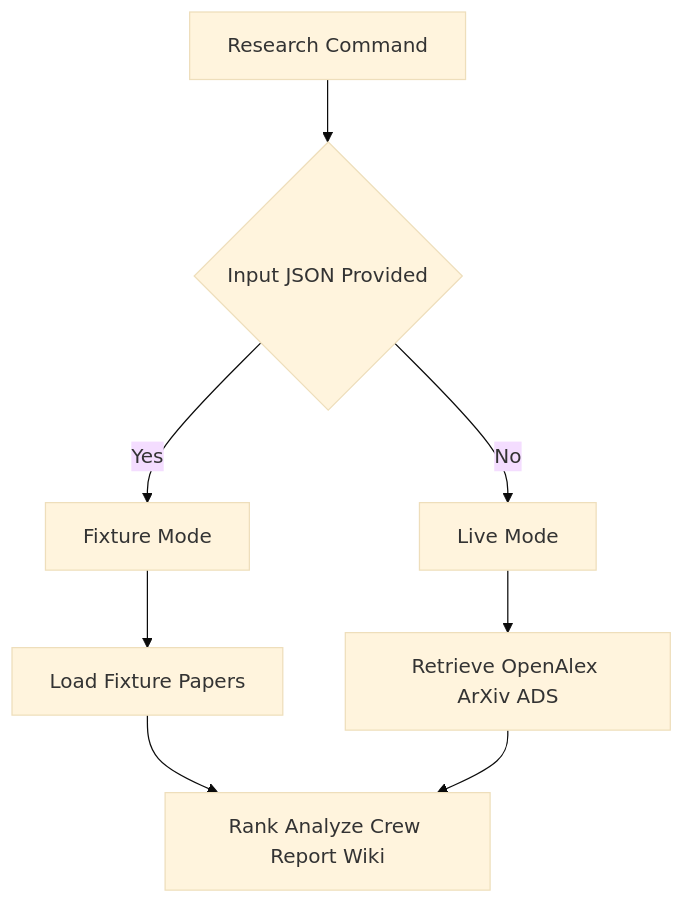
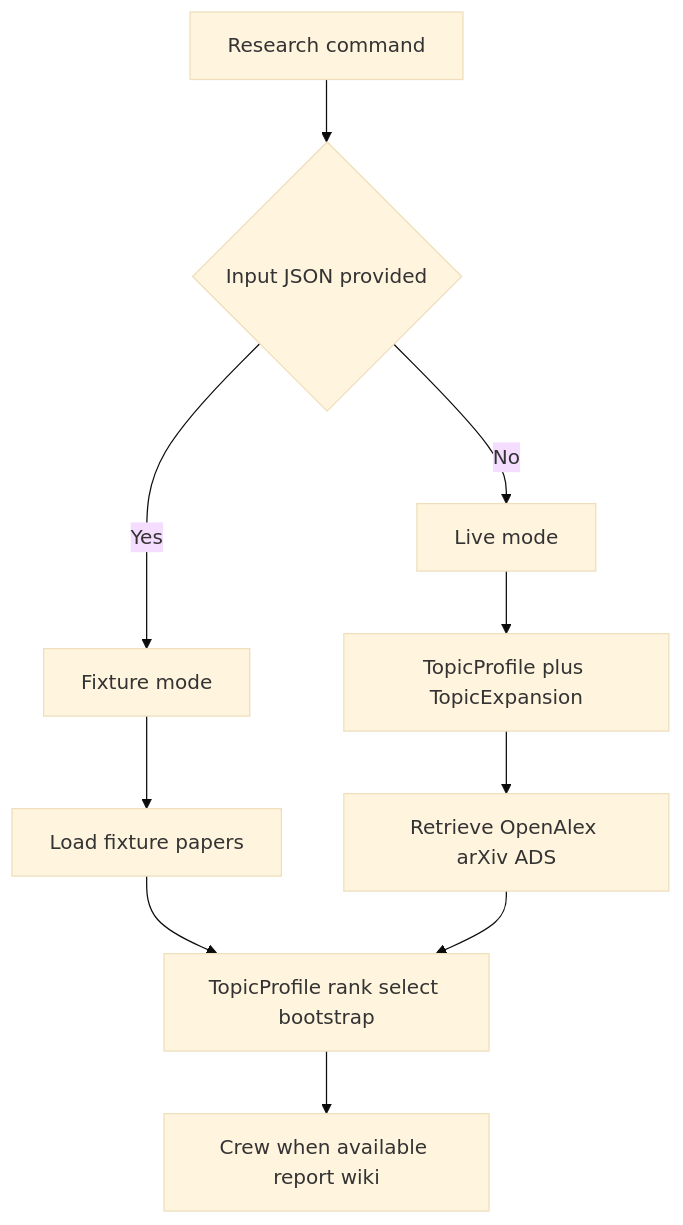
Before and after one commit to panchambanerjee/astro-research-assistant: the third of 3 diagrams in README.md, drawn with Mermaid (base theme). The commit also changed other lines of this file and 15 other files, not shown here.

````diff
--- a/README.md
+++ b/README.md
@@ -352,10 +387,12 @@
 ```mermaid
 flowchart TD
-    runCmd[Research Command] --> modeChoice{Input JSON Provided}
-    modeChoice -->|Yes| fixtureMode[Fixture Mode]
-    modeChoice -->|No| liveMode[Live Mode]
-    fixtureMode --> fixtureLoad[Load Fixture Papers]
-    fixtureLoad --> rankAnalyze[Rank Analyze Crew Report Wiki]
-    liveMode --> retrieval[Retrieve OpenAlex ArXiv ADS]
-    retrieval --> rankAnalyze
+    runCmd[Research command] --> modeChoice{Input JSON provided}
+    modeChoice -->|Yes| fixtureMode[Fixture mode]
+    modeChoice -->|No| liveMode[Live mode]
+    fixtureMode --> fixtureLoad[Load fixture papers]
+    fixtureLoad --> profileRank[TopicProfile rank select bootstrap]
+    liveMode --> profile[TopicProfile plus TopicExpansion]
+    profile --> retrieval[Retrieve OpenAlex arXiv ADS]
+    retrieval --> profileRank
+    profileRank --> crewWiki[Crew when available report wiki]
 ```
````
